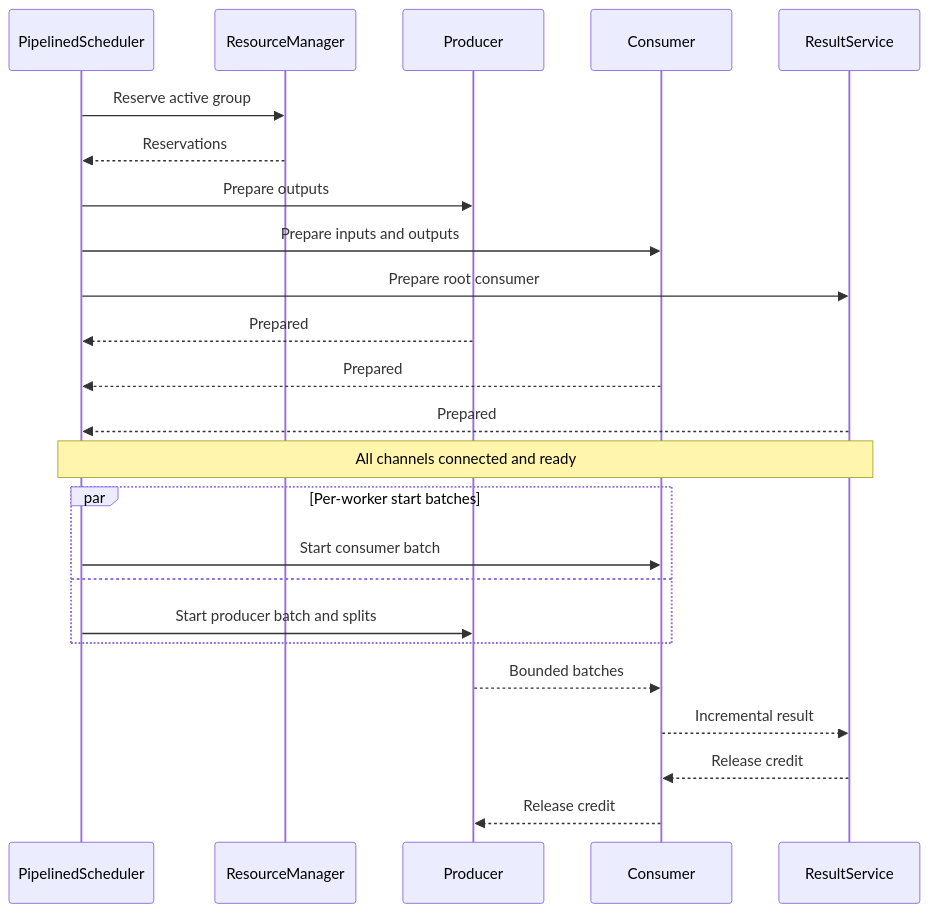
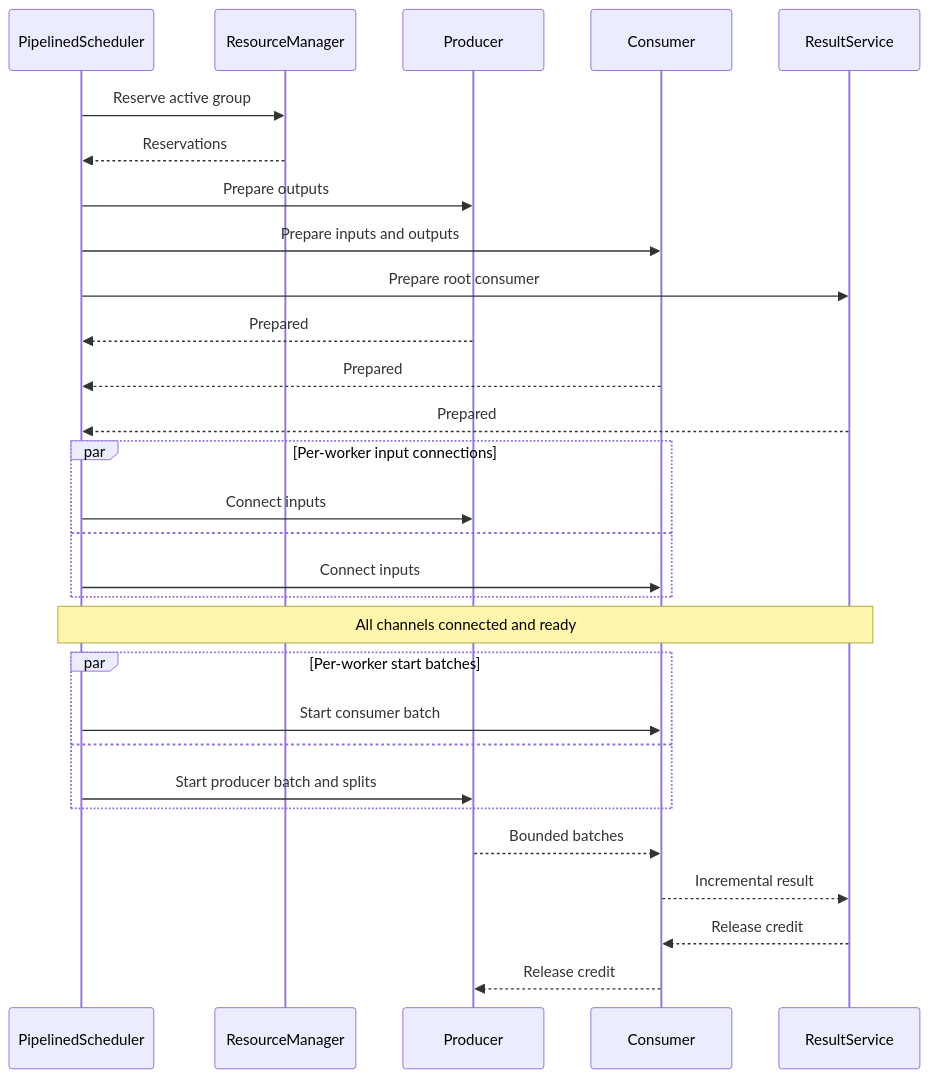
One commit to AstroVela/vane changed the second of 2 diagrams in PIPELINED_EXECUTION_DESIGN.md. Above: the diagram before and after it, drawn with Mermaid. The commit also changed other lines of this file and 3 other files, not shown here.

```diff
--- a/PIPELINED_EXECUTION_DESIGN.md
+++ b/PIPELINED_EXECUTION_DESIGN.md
@@ -495,26 +495,31 @@
 ~~~mermaid
 sequenceDiagram
     participant S as PipelinedScheduler
     participant R as ResourceManager
     participant P as Producer
     participant C as Consumer
     participant O as ResultService
     S->>R: Reserve active group
     R-->>S: Reservations
     S->>P: Prepare outputs
     S->>C: Prepare inputs and outputs
     S->>O: Prepare root consumer
     P-->>S: Prepared
     C-->>S: Prepared
     O-->>S: Prepared
+    par Per-worker input connections
+        S->>P: Connect inputs
+    and
+        S->>C: Connect inputs
+    end
     Note over S,O: All channels connected and ready
     par Per-worker start batches
         S->>C: Start consumer batch
     and
         S->>P: Start producer batch and splits
     end
     P-->>C: Bounded batches
     C-->>O: Incremental result
     O-->>C: Release credit
     C-->>P: Release credit
 ~~~
```
